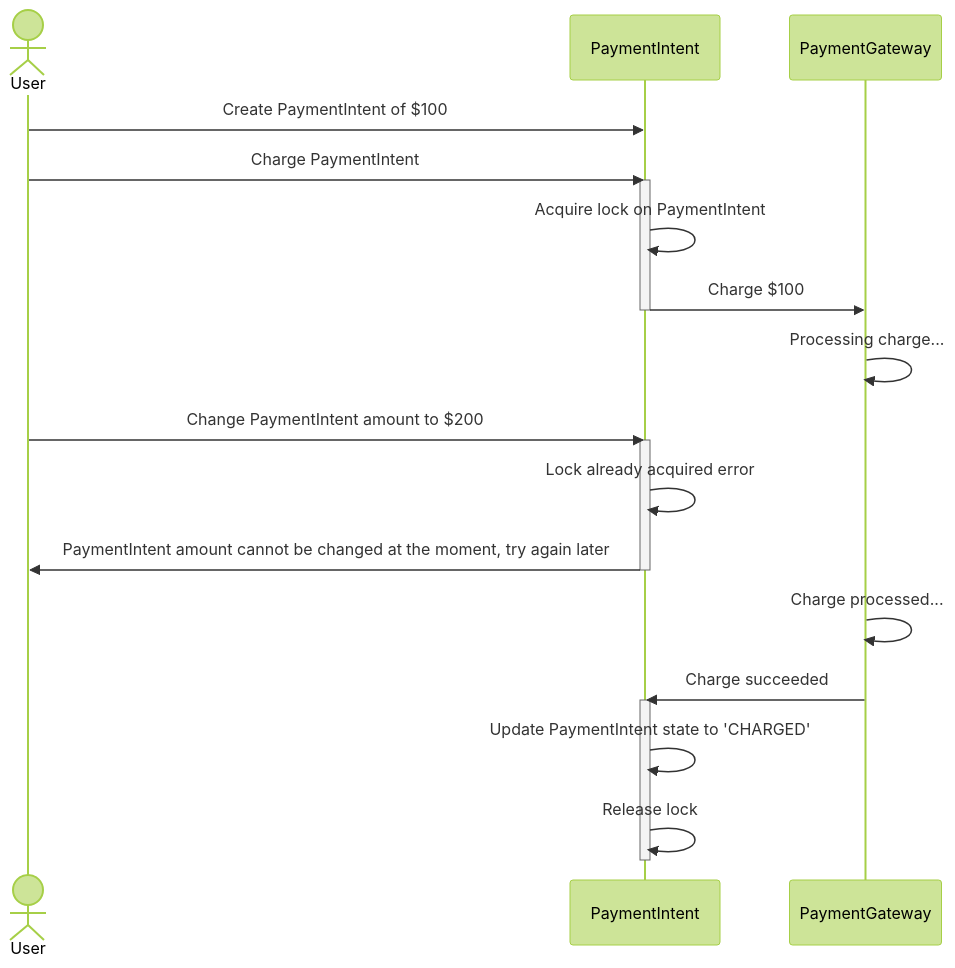
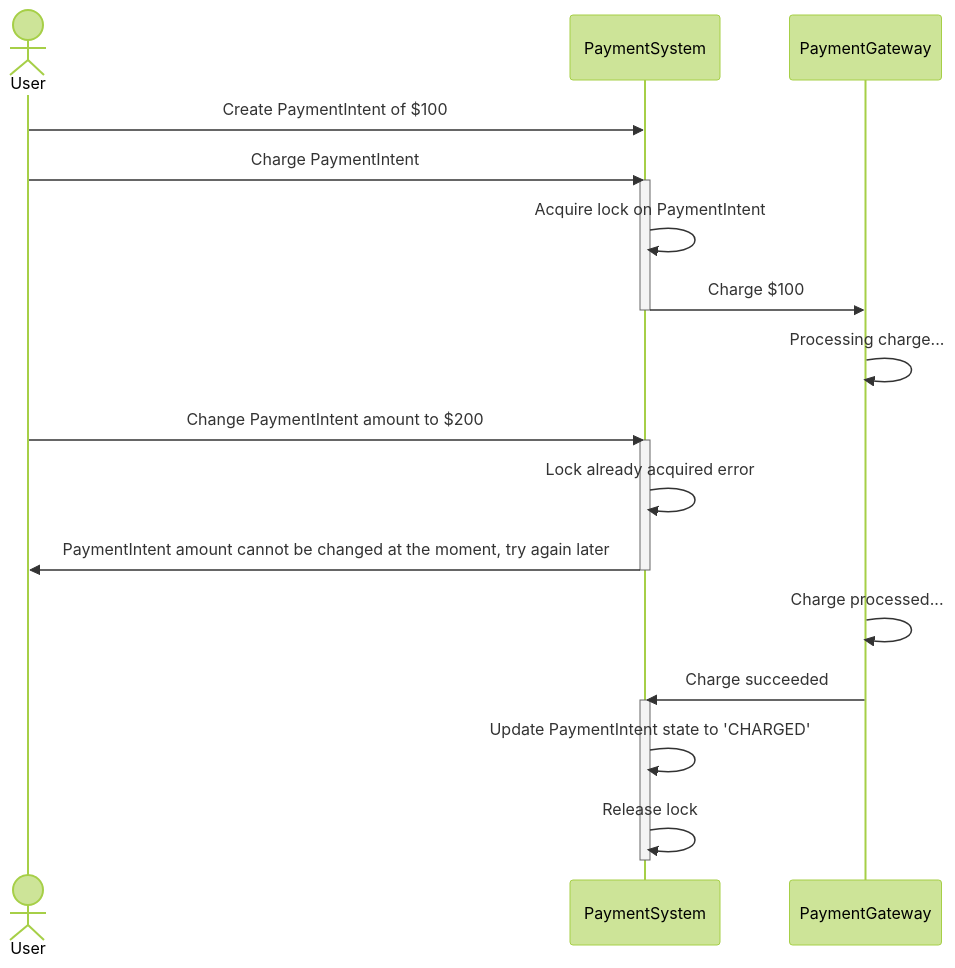
The third of 8 diagrams in README.md (filipsnastins/concurrency-control-with-dynamodb), drawn with Mermaid (forest theme) before and after one commit. The commit also changed other lines of this file, not shown here.

````diff
--- a/README.md
+++ b/README.md
@@ -186,30 +186,30 @@
 ```mermaid
 sequenceDiagram
     actor User
-    participant PaymentIntent
+    participant PaymentSystem
     participant PaymentGateway
 
-    User->>PaymentIntent: Create PaymentIntent of $100
+    User->>PaymentSystem: Create PaymentIntent of $100
 
-    User->>PaymentIntent: Charge PaymentIntent
-    activate PaymentIntent
-    PaymentIntent->>PaymentIntent: Acquire lock on PaymentIntent
-    PaymentIntent->>PaymentGateway: Charge $100
-    deactivate PaymentIntent
+    User->>PaymentSystem: Charge PaymentIntent
+    activate PaymentSystem
+    PaymentSystem->>PaymentSystem: Acquire lock on PaymentIntent
+    PaymentSystem->>PaymentGateway: Charge $100
+    deactivate PaymentSystem
 
     PaymentGateway->>PaymentGateway: Processing charge...
 
-    User->>PaymentIntent: Change PaymentIntent amount to $200
-    activate PaymentIntent
-    PaymentIntent->>PaymentIntent: Lock already acquired error
-    PaymentIntent->>User: PaymentIntent amount cannot be changed at the moment, try again later
-    deactivate PaymentIntent
+    User->>PaymentSystem: Change PaymentIntent amount to $200
+    activate PaymentSystem
+    PaymentSystem->>PaymentSystem: Lock already acquired error
+    PaymentSystem->>User: PaymentIntent amount cannot be changed at the moment, try again later
+    deactivate PaymentSystem
 
     PaymentGateway->>PaymentGateway: Charge processed...
 
-    PaymentGateway->>PaymentIntent: Charge succeeded
-    activate PaymentIntent
-    PaymentIntent->>PaymentIntent: Update PaymentIntent state to 'CHARGED'
-    PaymentIntent->>PaymentIntent: Release lock
-    deactivate PaymentIntent
+    PaymentGateway->>PaymentSystem: Charge succeeded
+    activate PaymentSystem
+    PaymentSystem->>PaymentSystem: Update PaymentIntent state to 'CHARGED'
+    PaymentSystem->>PaymentSystem: Release lock
+    deactivate PaymentSystem
 ```
````
